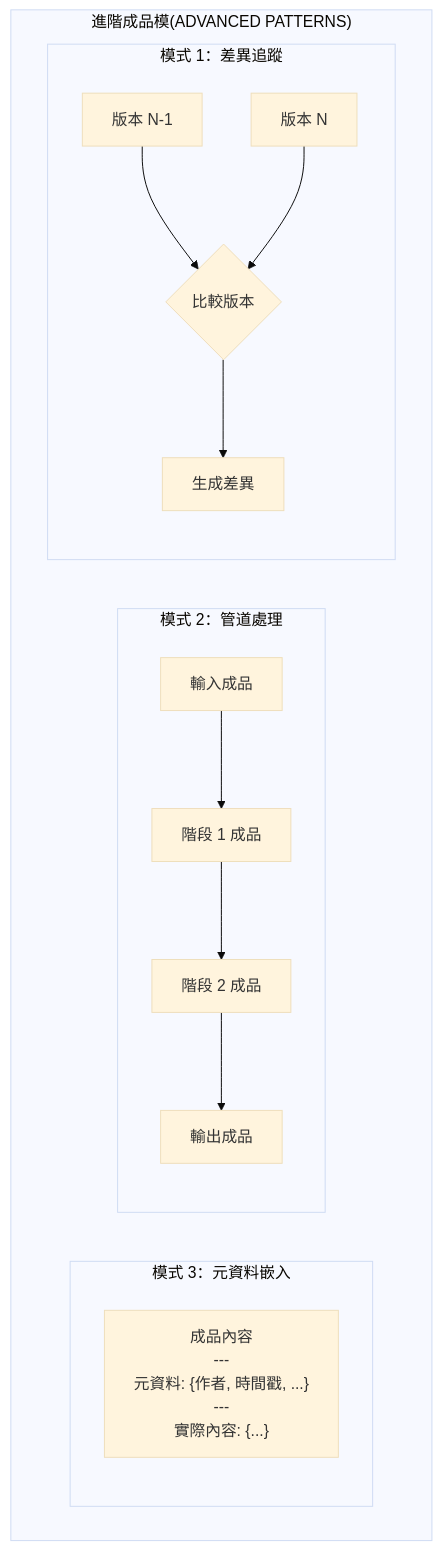
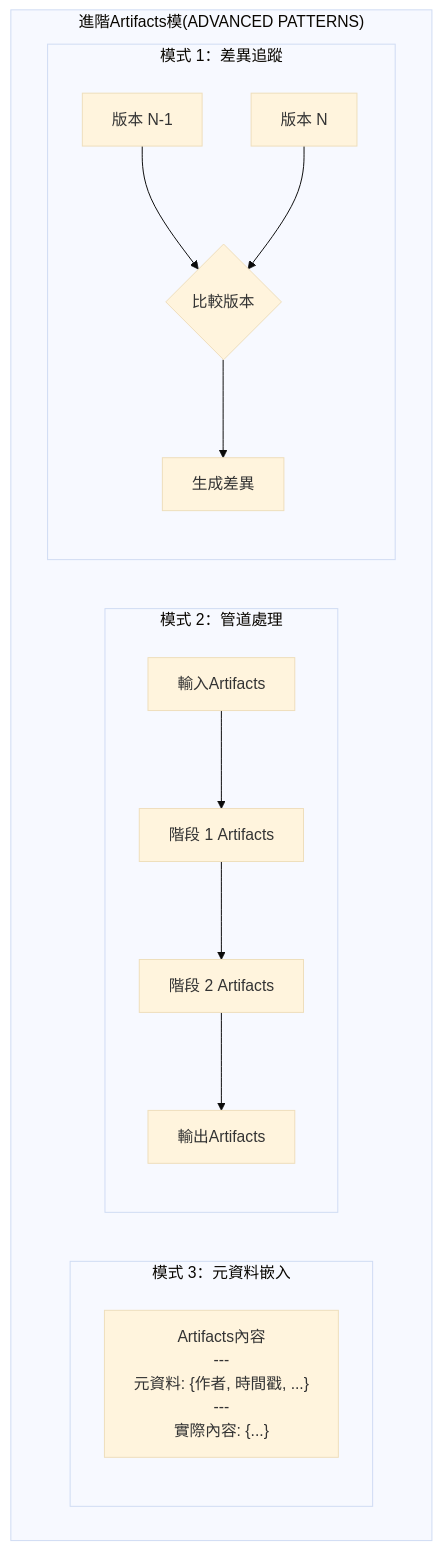
The eighth of 8 diagrams in workspace/notes/google-adk-training-hub/adk_training/19-artifacts_files.md (lastingyeh/google-adk-study), drawn with Mermaid (base theme) before and after one commit. The commit also changed other lines of this file and 9 other files, not shown here.

````diff
--- a/workspace/notes/google-adk-training-hub/adk_training/19-artifacts_files.md
+++ b/workspace/notes/google-adk-training-hub/adk_training/19-artifacts_files.md
@@ -1101,16 +1101,16 @@
 ```mermaid
 graph TD
-    subgraph "進階成品模(ADVANCED PATTERNS)"
+    subgraph "進階Artifacts模(ADVANCED PATTERNS)"
         subgraph "模式 3：元資料嵌入"
-            I["成品內容<br/>---<br/>元資料: {作者, 時間戳, ...}<br/>---<br/>實際內容: {...}"]
+            I["Artifacts內容<br/>---<br/>元資料: {作者, 時間戳, ...}<br/>---<br/>實際內容: {...}"]
         end
         subgraph "模式 2：管道處理"
-            E["輸入成品"] --> F["階段 1 成品"] --> G["階段 2 成品"] --> H["輸出成品"]
+            E["輸入Artifacts"] --> F["階段 1 Artifacts"] --> G["階段 2 Artifacts"] --> H["輸出Artifacts"]
         end
         subgraph "模式 1：差異追蹤"
             A["版本 N-1"] --> C{"比較版本"}
             B["版本 N"] --> C
             C --> D["生成差異"]
         end
     end
 ```
````
